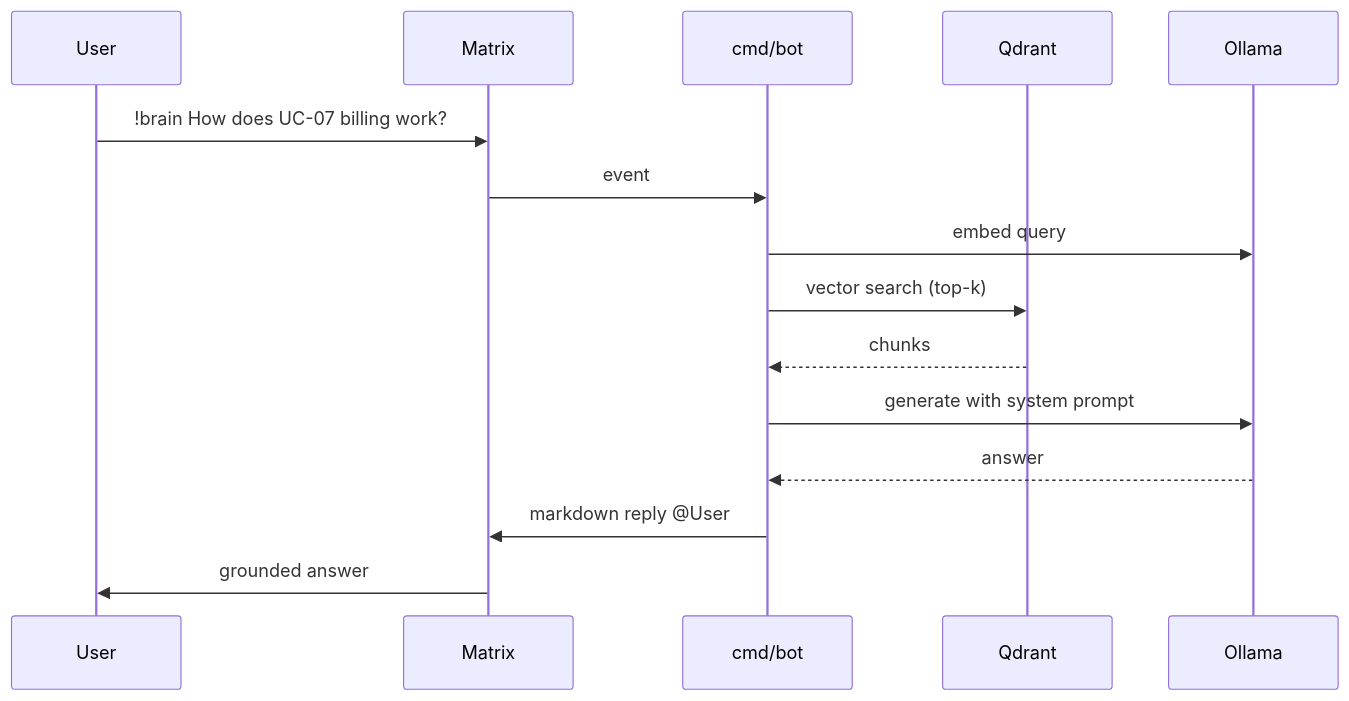
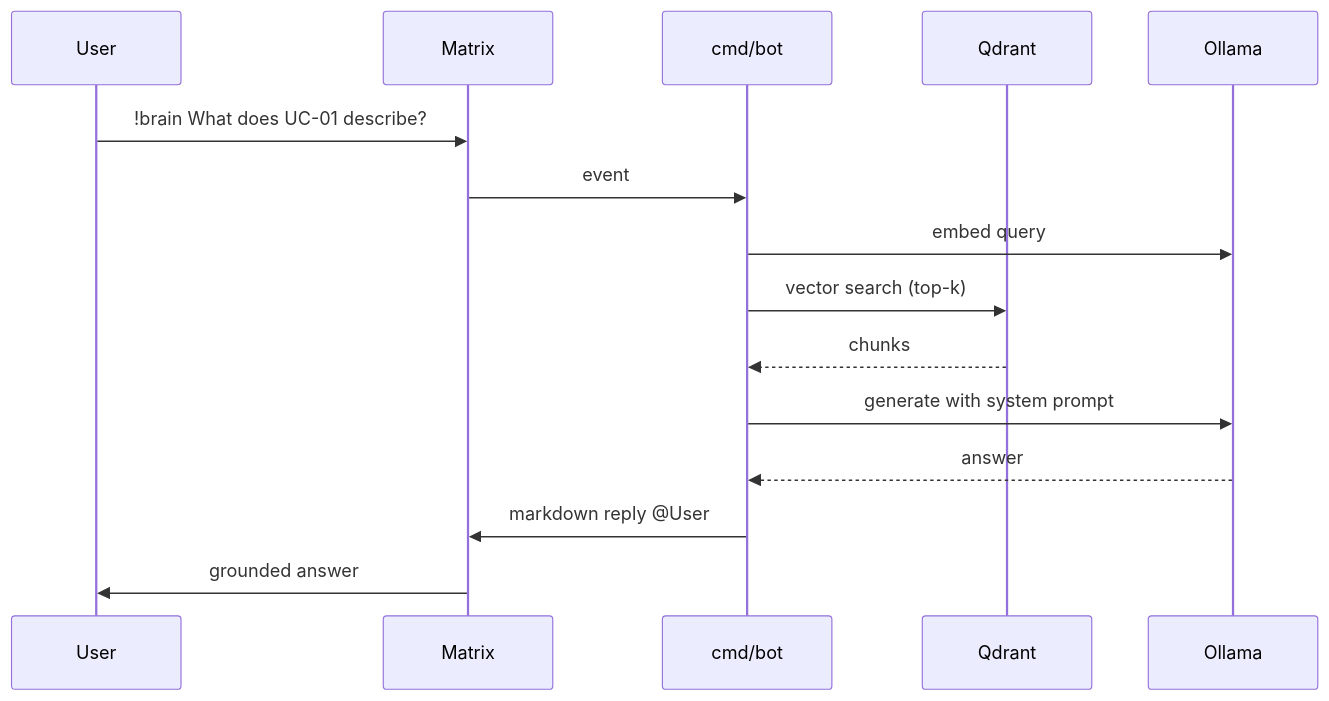
The third of 5 diagrams in README.md (eSlider/go-second-brain), drawn with Mermaid before and after one commit. The commit also changed other lines of this file and 27 other files, not shown here.

````diff
--- a/README.md
+++ b/README.md
@@ -92,18 +92,18 @@
 ```mermaid
 sequenceDiagram
     participant User
     participant Matrix
     participant Bot as cmd/bot
     participant Qdrant
     participant Ollama
 
-    User->>Matrix: !brain How does UC-07 billing work?
+    User->>Matrix: !brain What does UC-01 describe?
     Matrix->>Bot: event
     Bot->>Ollama: embed query
     Bot->>Qdrant: vector search (top-k)
     Qdrant-->>Bot: chunks
     Bot->>Ollama: generate with system prompt
     Ollama-->>Bot: answer
     Bot->>Matrix: markdown reply @User
     Matrix->>User: grounded answer
 ```
````
